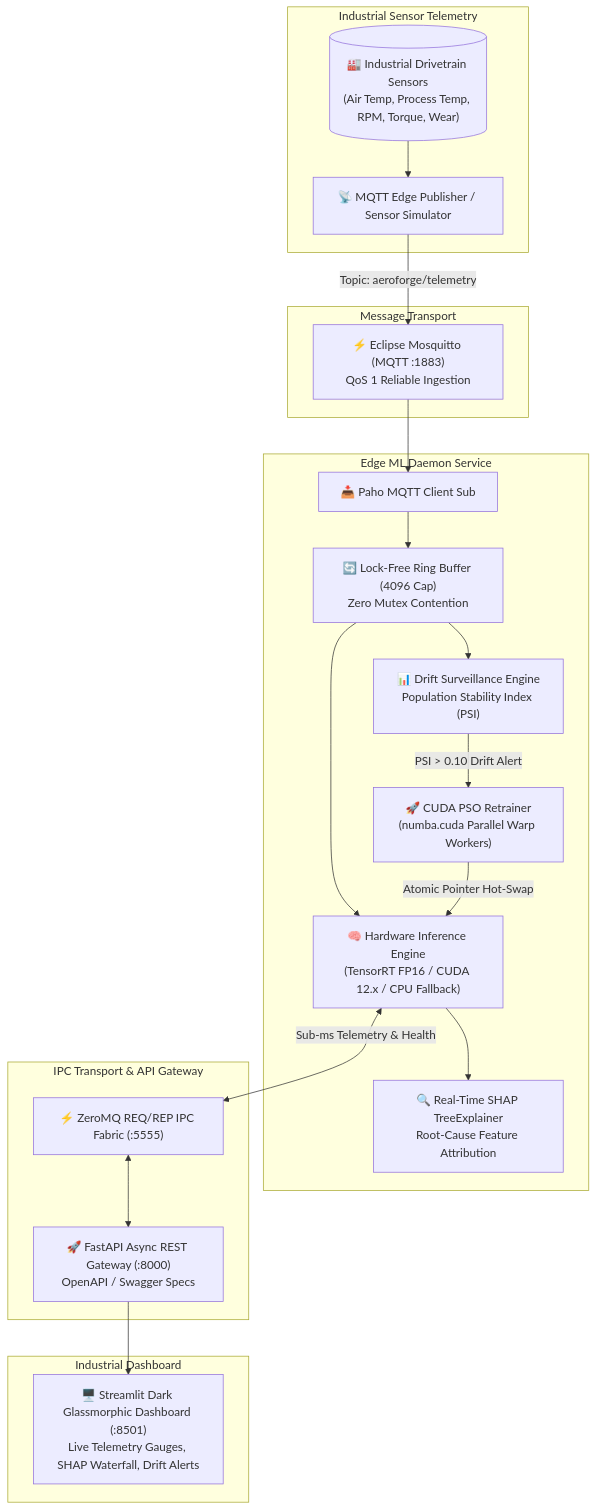
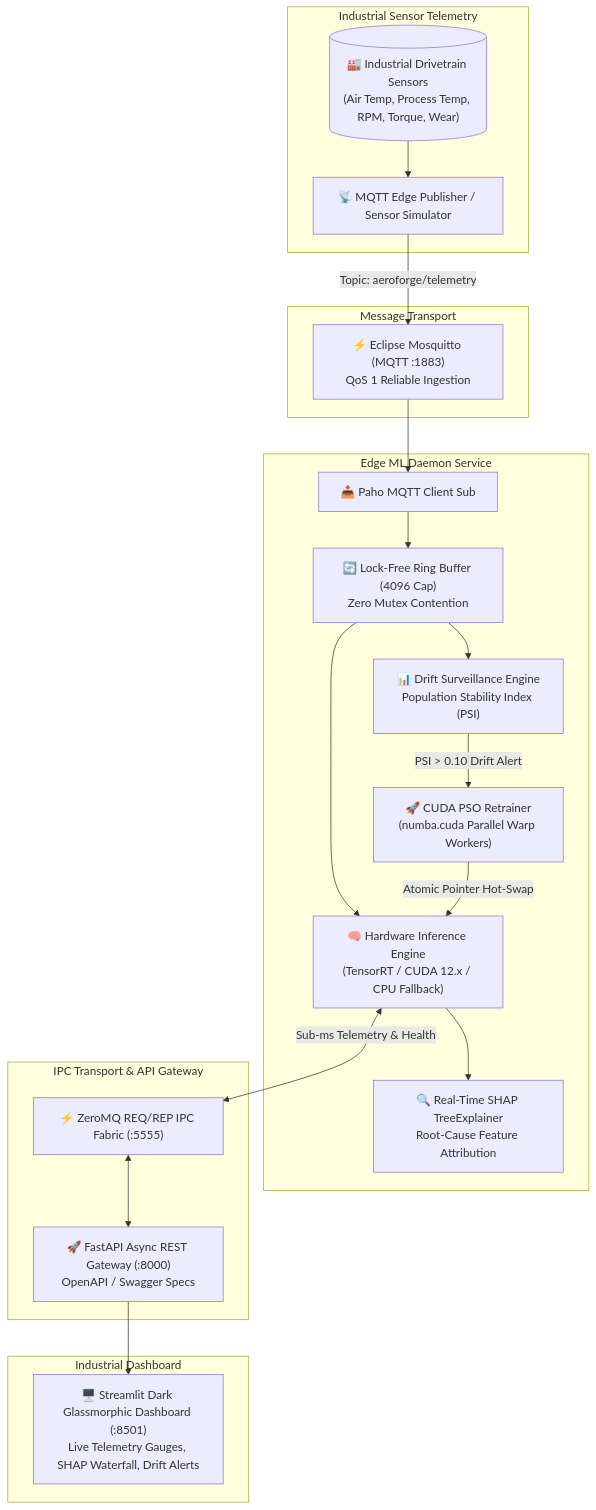
The diagram in README.md (Ravva-78/motor-health-pso-cuda), drawn with Mermaid before and after one commit. The commit also changed other lines of this file and 9 other files, not shown here.

````diff
--- a/README.md
+++ b/README.md
@@ -39,43 +39,43 @@
 ```mermaid
 flowchart TD
     subgraph Edge Layer [Industrial Sensor Telemetry]
         SENSORS[("🏭 Industrial Drivetrain Sensors\n(Air Temp, Process Temp, RPM, Torque, Wear)")]
         MQTT_PUB["📡 MQTT Edge Publisher / Sensor Simulator"]
         SENSORS --> MQTT_PUB
     end
 
     subgraph Broker [Message Transport]
         MOSQUITTO["⚡ Eclipse Mosquitto (MQTT :1883)\nQoS 1 Reliable Ingestion"]
         MQTT_PUB -->|Topic: aeroforge/telemetry| MOSQUITTO
     end
 
     subgraph Daemon [Edge ML Daemon Service]
         MQTT_SUB["📥 Paho MQTT Client Sub"]
         RING_BUF["🔄 Lock-Free Ring Buffer (4096 Cap)\nZero Mutex Contention"]
-        INFER["🧠 Hardware Inference Engine\n(TensorRT FP16 / CUDA 12.x / CPU Fallback)"]
+        INFER["🧠 Hardware Inference Engine\n(TensorRT / CUDA 12.x / CPU Fallback)"]
         SHAP_EXP["🔍 Real-Time SHAP TreeExplainer\nRoot-Cause Feature Attribution"]
         DRIFT["📊 Drift Surveillance Engine\nPopulation Stability Index (PSI)"]
         PSO_RETAIN["🚀 CUDA PSO Retrainer\n(numba.cuda Parallel Warp Workers)"]
 
         MOSQUITTO --> MQTT_SUB
         MQTT_SUB --> RING_BUF
         RING_BUF --> INFER
         RING_BUF --> DRIFT
         INFER --> SHAP_EXP
         DRIFT -->|PSI > 0.10 Drift Alert| PSO_RETAIN
         PSO_RETAIN -->|Atomic Pointer Hot-Swap| INFER
     end
 
     subgraph IPC_REST [IPC Transport & API Gateway]
         ZMQ["⚡ ZeroMQ REQ/REP IPC Fabric (:5555)"]
         FASTAPI["🚀 FastAPI Async REST Gateway (:8000)\nOpenAPI / Swagger Specs"]
 
         INFER <-->|Sub-ms Telemetry & Health| ZMQ
         ZMQ <--> FASTAPI
     end
 
     subgraph Observability [Industrial Dashboard]
         STREAMLIT["🖥️ Streamlit Dark Glassmorphic Dashboard (:8501)\nLive Telemetry Gauges, SHAP Waterfall, Drift Alerts"]
         FASTAPI --> STREAMLIT
     end
 ```
````
